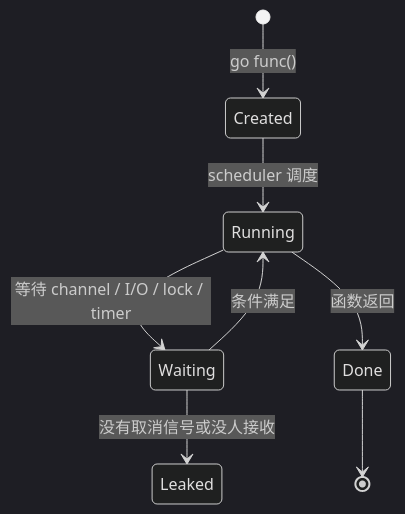
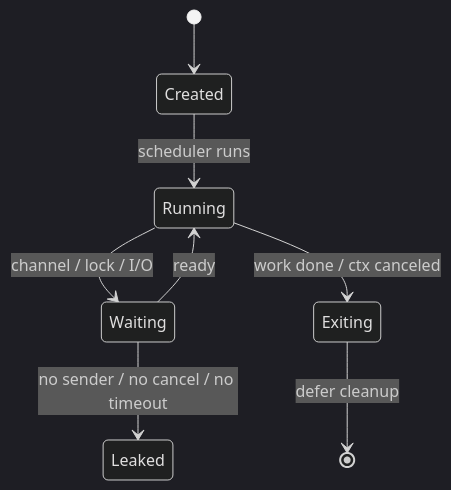
Diagram 12 of 26 in docs/go/visual-guide.md (yokry-he/yok-study-web), drawn with Mermaid (dark theme) before and after one commit. The commit also changed other lines of this file and 277 other files, not shown here.

````diff
--- a/docs/go/visual-guide.md
+++ b/docs/go/visual-guide.md
@@ -98,10 +285,10 @@
 ```mermaid
 stateDiagram-v2
-  [*] --> Created: go func()
-  Created --> Running: scheduler 调度
-  Running --> Waiting: 等待 channel / I/O / lock / timer
-  Waiting --> Running: 条件满足
-  Running --> Done: 函数返回
-  Done --> [*]
-  Waiting --> Leaked: 没有取消信号或没人接收
+  [*] --> Created
+  Created --> Running: scheduler runs
+  Running --> Waiting: channel / lock / I/O
+  Waiting --> Running: ready
+  Running --> Exiting: work done / ctx canceled
+  Exiting --> [*]: defer cleanup
+  Waiting --> Leaked: no sender / no cancel / no timeout
 ```
````
